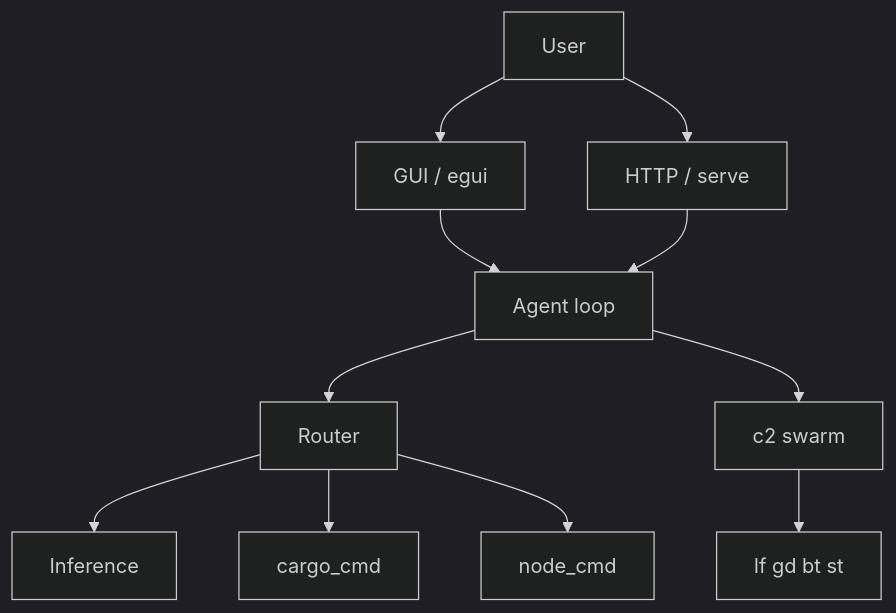
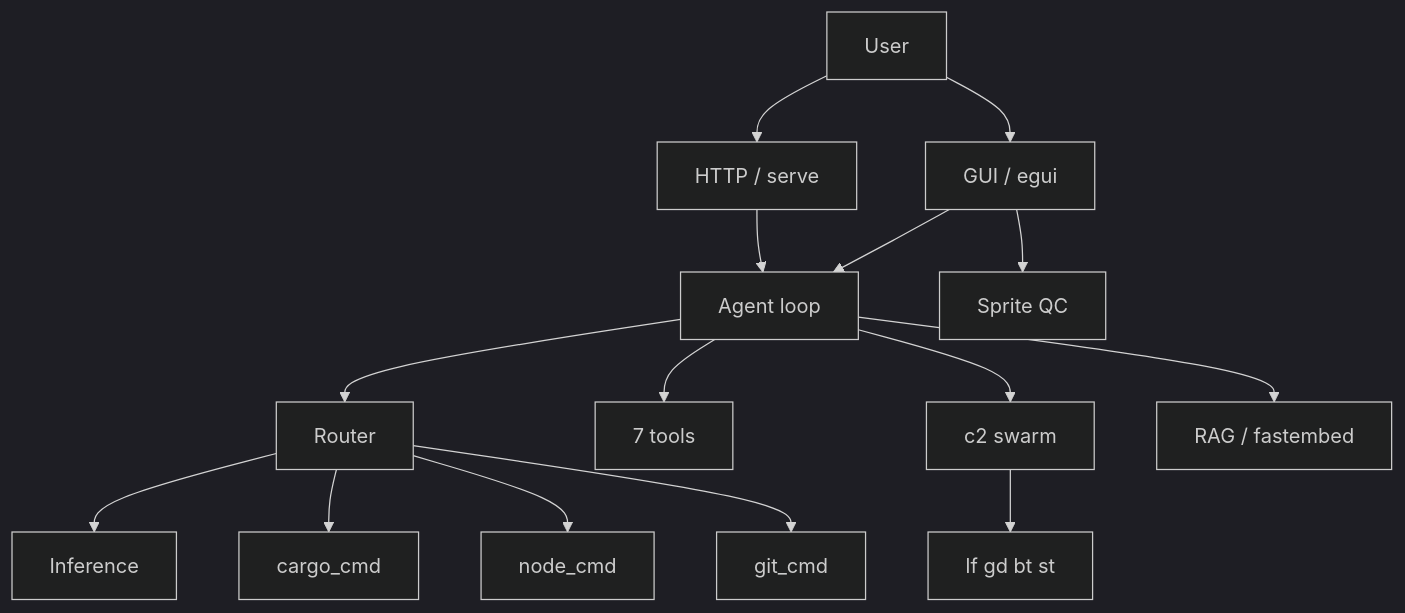
Before and after one commit to cochranblock/kova: the diagram in README.md, drawn with Mermaid (dark theme). The commit also changed other lines of this file and 2 other files, not shown here.

````diff
--- a/README.md
+++ b/README.md
@@ -15,13 +15,17 @@
 ```mermaid
 flowchart TB
     User[User] --> GUI[GUI / egui]
     User --> Serve[HTTP / serve]
     GUI --> AgentLoop[Agent loop]
+    GUI --> SpriteQC[Sprite QC]
     Serve --> AgentLoop
     AgentLoop --> Router[Router]
     Router --> Infer[Inference]
     Router --> Cargo[cargo_cmd]
     Router --> Node[node_cmd]
+    Router --> Git[git_cmd]
+    AgentLoop --> Tools[7 tools]
     AgentLoop --> C2[c2 swarm]
     C2 --> Nodes[lf gd bt st]
+    AgentLoop --> RAG[RAG / fastembed]
 ```
````
